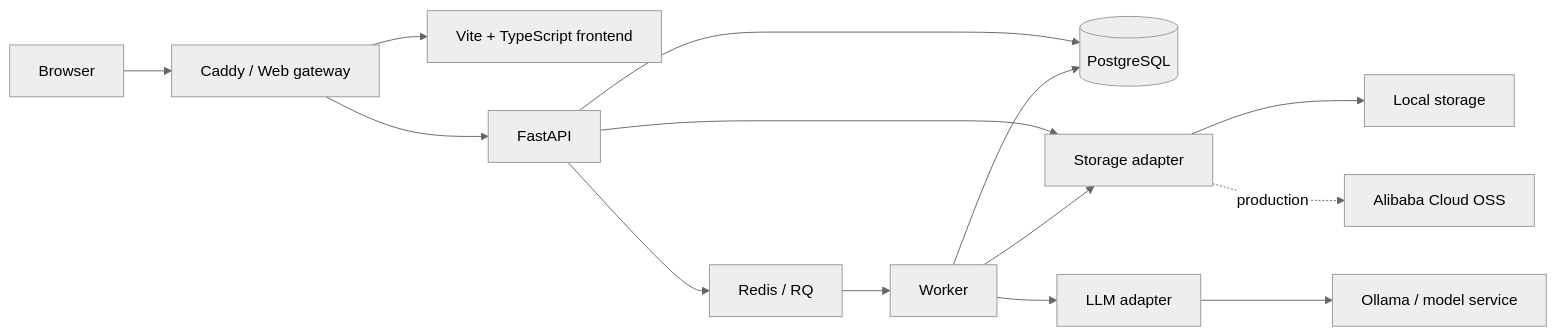
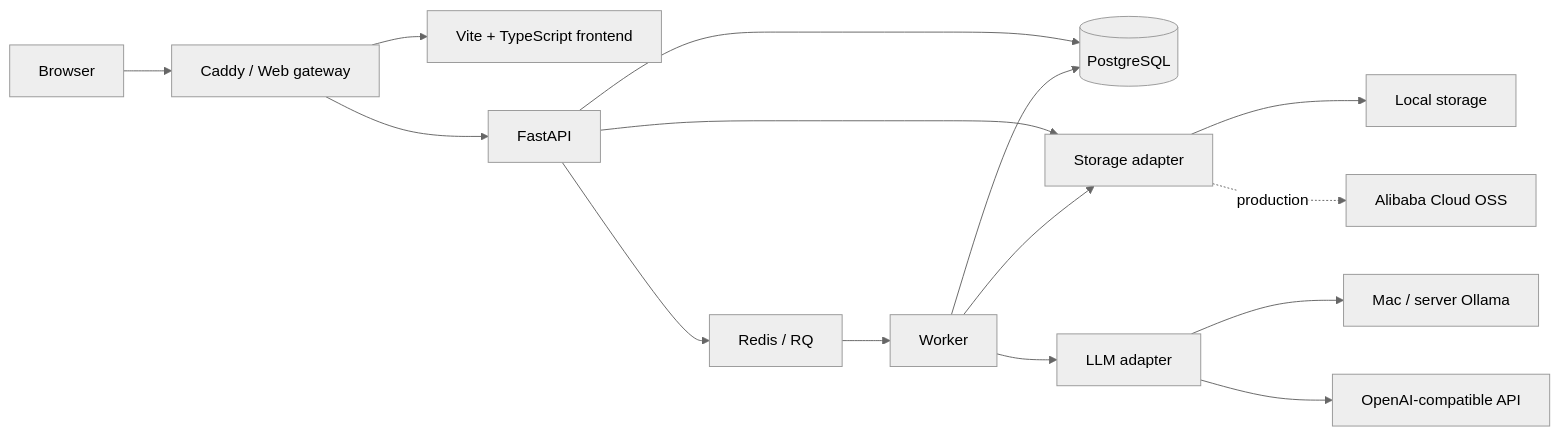
The diagram in README.md (Archangel-he/local-llm-wiki), drawn with Mermaid (neutral theme) before and after one commit. The commit also changed other lines of this file and 11 other files, not shown here.

````diff
--- a/README.md
+++ b/README.md
@@ -53,18 +55,19 @@
 ```mermaid
 flowchart LR
     U["Browser"] --> G["Caddy / Web gateway"]
     G --> F["Vite + TypeScript frontend"]
     G --> A["FastAPI"]
 
     A --> P[("PostgreSQL")]
     A --> Q["Redis / RQ"]
     A --> S["Storage adapter"]
     Q --> W["Worker"]
     W --> P
     W --> S
     W --> L["LLM adapter"]
-    L --> O["Ollama / model service"]
+    L --> O["Mac / server Ollama"]
+    L --> E["OpenAI-compatible API"]
 
     S --> FS["Local storage"]
     S -. "production" .-> OSS["Alibaba Cloud OSS"]
 ```
````
